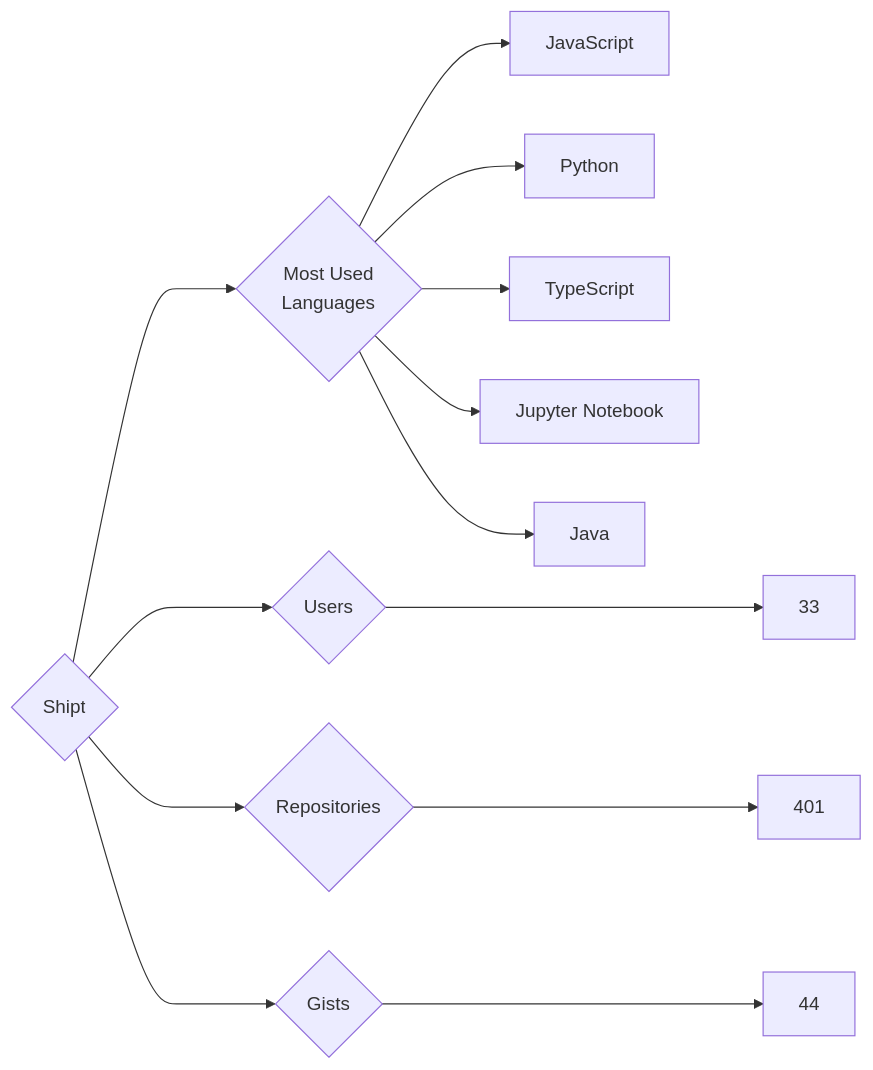
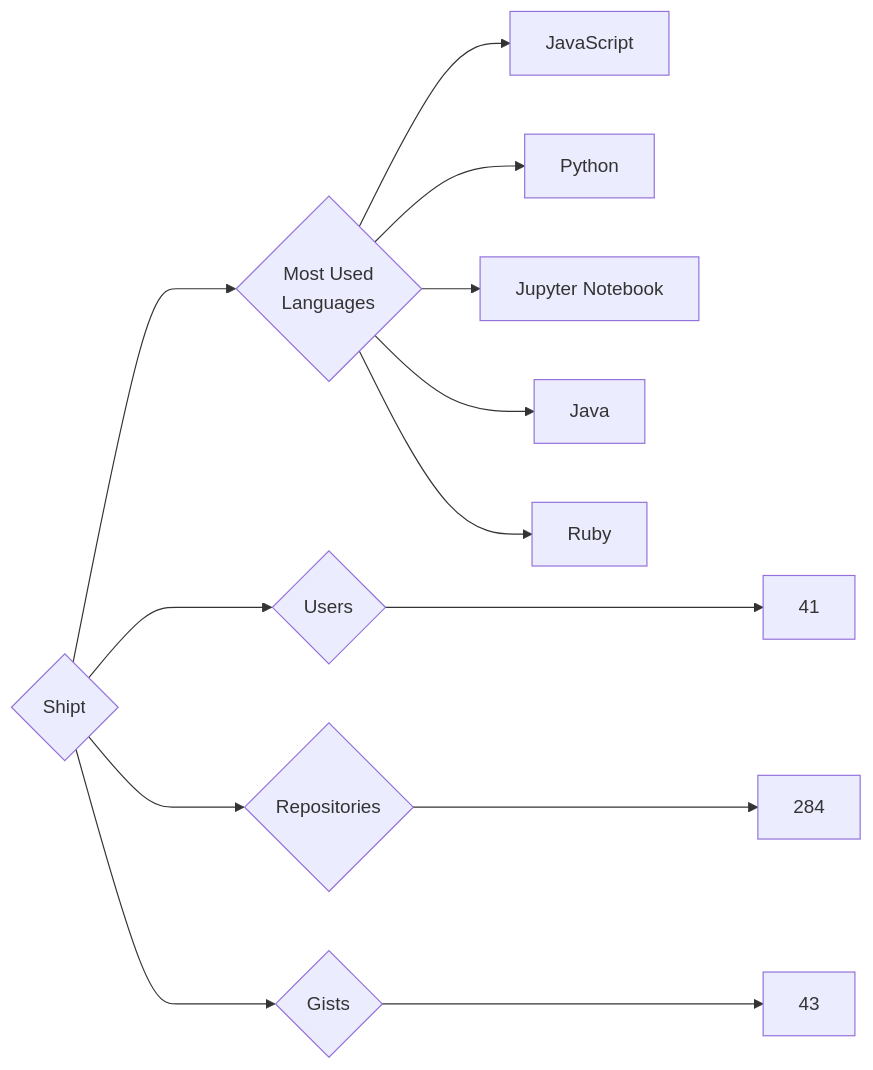
One commit to trickest/insiders changed the diagram in targets/Shipt/README.md. Above: the diagram before and after it, drawn with Mermaid. The commit also changed 814 other files, not shown here.

````diff
--- a/targets/Shipt/README.md
+++ b/targets/Shipt/README.md
@@ -3,13 +3,13 @@
 ```mermaid
 graph LR
 COMPANY_NAME{Shipt}
-COMPANY_NAME ---> U{Users} ---> UN[33]
-COMPANY_NAME ---> R{Repositories} ---> RN[401]
-COMPANY_NAME ---> G{Gists} ---> GN[44]
+COMPANY_NAME ---> U{Users} ---> UN[41]
+COMPANY_NAME ---> R{Repositories} ---> RN[284]
+COMPANY_NAME ---> G{Gists} ---> GN[43]
 COMPANY_NAME ---> ML{Most Used<br>Languages}
 ML --> JavaScript[JavaScript]
 ML --> Python[Python]
-ML --> TypeScript[TypeScript]
 ML --> Jupyter_Notebook[Jupyter Notebook]
 ML --> Java[Java]
+ML --> Ruby[Ruby]
 ```
````
